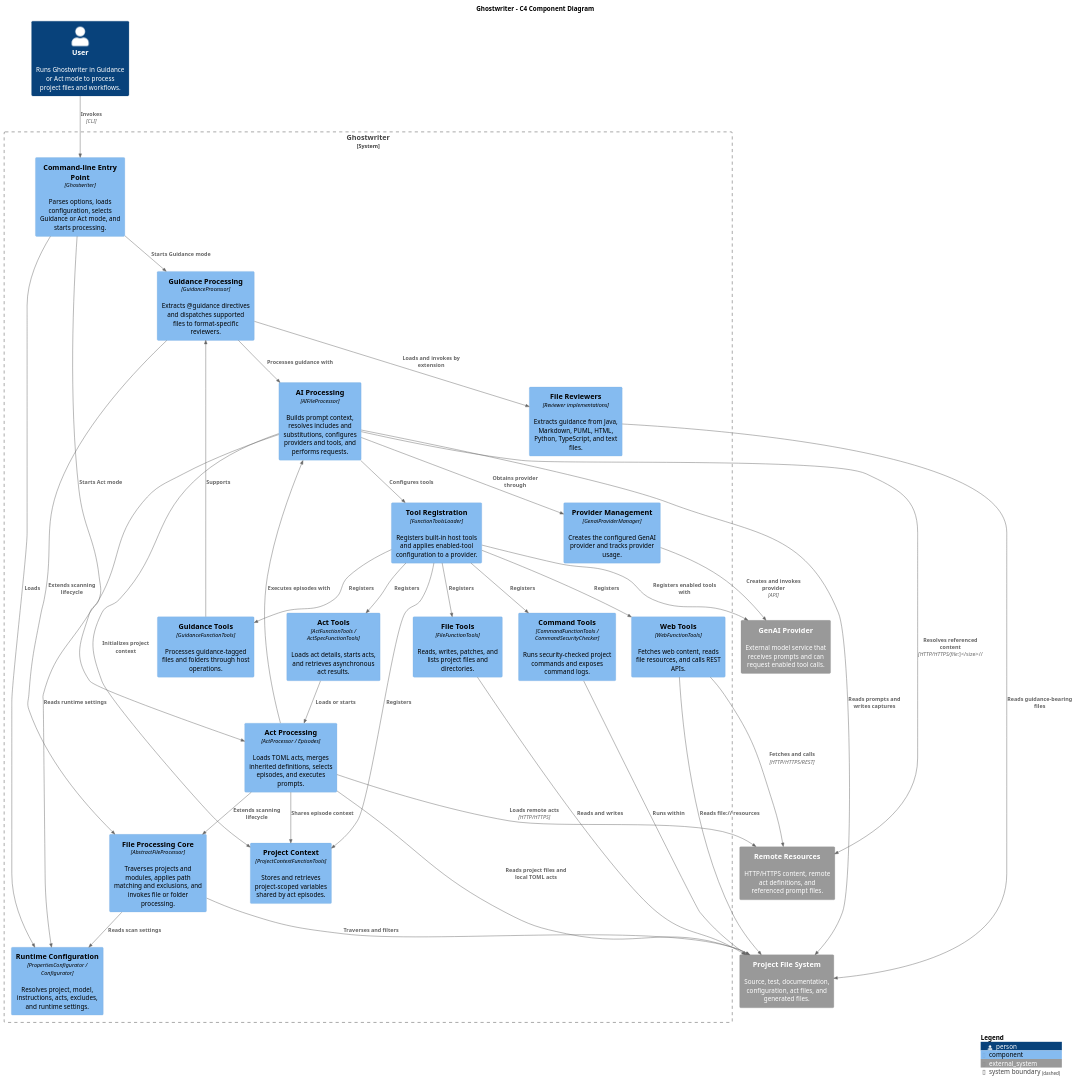
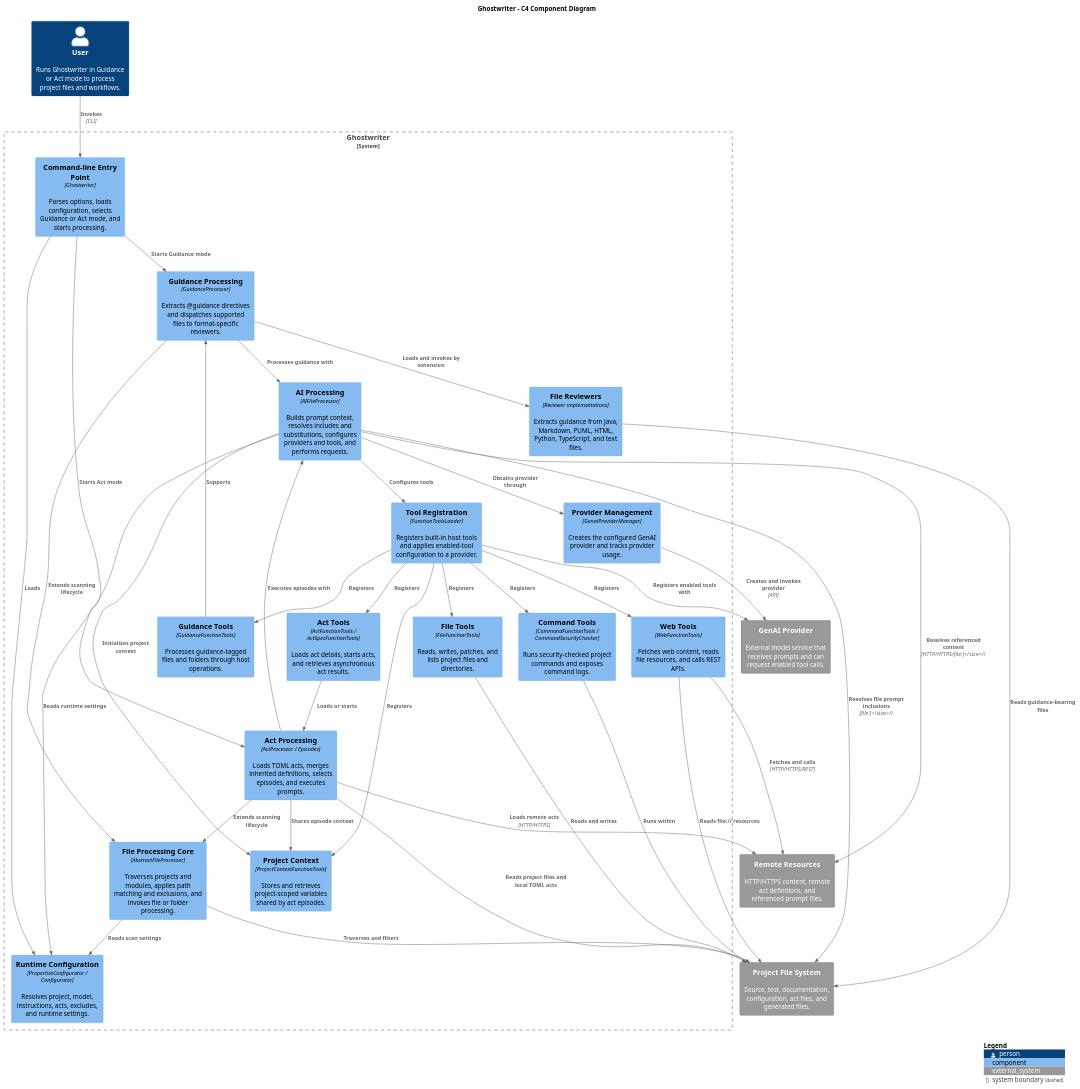
The diagram in ghostwriter/src/site/puml/c4-diagram.puml (machanism-org/machai), drawn with PlantUML before and after one commit. The commit also changed 45 other files, not shown here.

```diff
--- a/ghostwriter/src/site/puml/c4-diagram.puml
+++ b/ghostwriter/src/site/puml/c4-diagram.puml
@@ -11,74 +11,74 @@
 @startuml
 !include https://raw.githubusercontent.com/plantuml-stdlib/C4-PlantUML/master/C4_Component.puml
 
 LAYOUT_TOP_DOWN()
 
 title Ghostwriter - C4 Component Diagram
 
 Person(user, "User", "Runs Ghostwriter in Guidance or Act mode to process project files and workflows.")
 System_Ext(projectFiles, "Project File System", "Source, test, documentation, configuration, act files, and generated files.")
 System_Ext(remoteResources, "Remote Resources", "HTTP/HTTPS content, remote act definitions, and referenced prompt files.")
 System_Ext(genaiProvider, "GenAI Provider", "External model service that receives prompts and can request enabled tool calls.")
 
 System_Boundary(ghostwriter, "Ghostwriter") {
   Component(cli, "Command-line Entry Point", "Ghostwriter", "Parses options, loads configuration, selects Guidance or Act mode, and starts processing.")
   Component(fileProcessor, "File Processing Core", "AbstractFileProcessor", "Traverses projects and modules, applies path matching and exclusions, and invokes file or folder processing.")
   Component(aiProcessor, "AI Processing", "AIFileProcessor", "Builds prompt context, resolves includes and substitutions, configures providers and tools, and performs requests.")
   Component(guidanceProcessor, "Guidance Processing", "GuidanceProcessor", "Extracts @guidance directives and dispatches supported files to format-specific reviewers.")
   Component(actProcessor, "Act Processing", "ActProcessor / Episodes", "Loads TOML acts, merges inherited definitions, selects episodes, and executes prompts.")
   Component(reviewers, "File Reviewers", "Reviewer implementations", "Extracts guidance from Java, Markdown, PUML, HTML, Python, TypeScript, and text files.")
 
   Component(fileTools, "File Tools", "FileFunctionTools", "Reads, writes, patches, and lists project files and directories.")
   Component(commandTools, "Command Tools", "CommandFunctionTools / CommandSecurityChecker", "Runs security-checked project commands and exposes command logs.")
   Component(webTools, "Web Tools", "WebFunctionTools", "Fetches web content, reads file resources, and calls REST APIs.")
   Component(actTools, "Act Tools", "ActFunctionTools / ActSpecFunctionTools", "Loads act details, starts acts, and retrieves asynchronous act results.")
   Component(guidanceTools, "Guidance Tools", "GuidanceFunctionTools", "Processes guidance-tagged files and folders through host operations.")
   Component(contextTools, "Project Context", "ProjectContextFunctionTools", "Stores and retrieves project-scoped variables shared by act episodes.")
 
   Component(providerManagement, "Provider Management", "GenaiProviderManager", "Creates the configured GenAI provider and tracks provider usage.")
   Component(toolLoading, "Tool Registration", "FunctionToolsLoader", "Registers built-in host tools and applies enabled-tool configuration to a provider.")
   Component(configuration, "Runtime Configuration", "PropertiesConfigurator / Configurator", "Resolves project, model, instructions, acts, excludes, and runtime settings.")
 }
 
 Rel(user, cli, "Invokes", "CLI")
 Rel(cli, configuration, "Loads")
 Rel(cli, guidanceProcessor, "Starts Guidance mode")
 Rel(cli, actProcessor, "Starts Act mode")
 
 Rel(guidanceProcessor, fileProcessor, "Extends scanning lifecycle")
 Rel(actProcessor, fileProcessor, "Extends scanning lifecycle")
 Rel(guidanceProcessor, aiProcessor, "Processes guidance with")
 Rel(actProcessor, aiProcessor, "Executes episodes with")
 Rel(guidanceProcessor, reviewers, "Loads and invokes by extension")
 Rel(reviewers, projectFiles, "Reads guidance-bearing files")
 Rel(fileProcessor, projectFiles, "Traverses and filters")
 Rel(fileProcessor, configuration, "Reads scan settings")
 
 Rel(actProcessor, projectFiles, "Reads project files and local TOML acts")
 Rel(actProcessor, remoteResources, "Loads remote acts", "HTTP/HTTPS")
 Rel(actProcessor, contextTools, "Shares episode context")
 
 Rel(aiProcessor, configuration, "Reads runtime settings")
-Rel(aiProcessor, projectFiles, "Reads prompts and writes captures")
+Rel(aiProcessor, projectFiles, "Resolves file prompt inclusions", "file://")
 Rel(aiProcessor, remoteResources, "Resolves referenced content", "HTTP/HTTPS/file://")
 Rel(aiProcessor, providerManagement, "Obtains provider through")
 Rel(aiProcessor, toolLoading, "Configures tools")
 Rel(aiProcessor, contextTools, "Initializes project context")
 Rel(providerManagement, genaiProvider, "Creates and invokes provider", "API")
 Rel(toolLoading, genaiProvider, "Registers enabled tools with")
 
 Rel(toolLoading, fileTools, "Registers")
 Rel(toolLoading, commandTools, "Registers")
 Rel(toolLoading, webTools, "Registers")
 Rel(toolLoading, actTools, "Registers")
 Rel(toolLoading, guidanceTools, "Registers")
 Rel(toolLoading, contextTools, "Registers")
 Rel(fileTools, projectFiles, "Reads and writes")
 Rel(commandTools, projectFiles, "Runs within")
 Rel(webTools, remoteResources, "Fetches and calls", "HTTP/HTTPS/REST")
 Rel(webTools, projectFiles, "Reads file:// resources")
 Rel(actTools, actProcessor, "Loads or starts")
 Rel(guidanceTools, guidanceProcessor, "Supports")
 
 SHOW_LEGEND()
 @enduml
```
